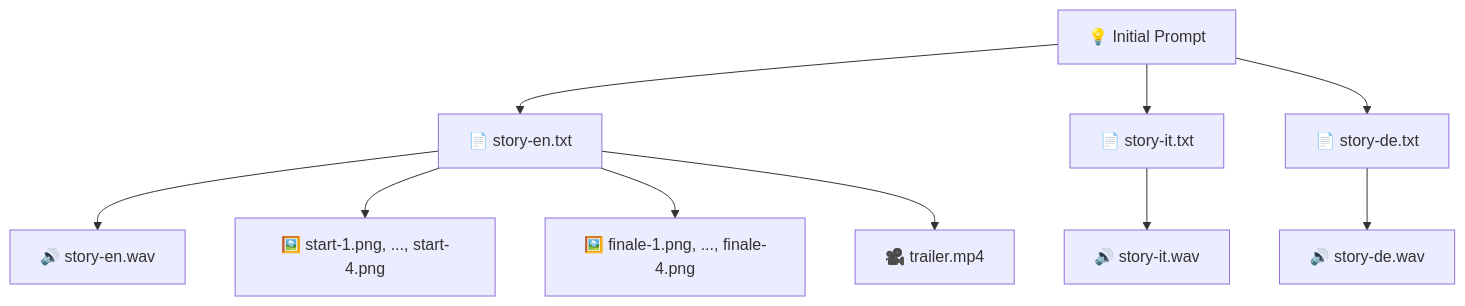
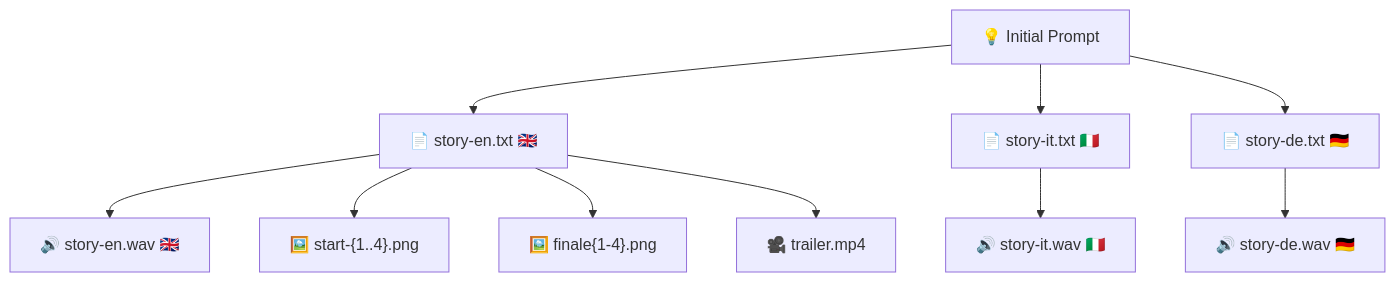
One commit to palladius/gemini-cli-demos changed the second of 2 diagrams in demos/mcp-video-creation/out/ale-modena/README.md. Above: the diagram before and after it, drawn with Mermaid. The commit also changed other lines of this file and 2 other files, not shown here.

Commit message:
slightly better - on vscode unsaved

````diff
--- a/demos/mcp-video-creation/out/ale-modena/README.md
+++ b/demos/mcp-video-creation/out/ale-modena/README.md
@@ -40,14 +40,14 @@
 ```mermaid
 graph TD
-    A[💡 Initial Prompt] --> B[📄 story-en.txt];
-    A --> C[📄 story-it.txt];
-    A --> D[📄 story-de.txt];
+    A[💡 Initial Prompt] --> B[📄 story-en.txt 🇬🇧];
+    A --> C[📄 story-it.txt 🇮🇹];
+    A --> D[📄 story-de.txt 🇩🇪];
 
-    B --> E[🔊 story-en.wav];
-    C --> F[🔊 story-it.wav];
-    D --> G[🔊 story-de.wav];
+    B --> E[🔊 story-en.wav 🇬🇧];
+    C --> F[🔊 story-it.wav 🇮🇹];
+    D --> G[🔊 story-de.wav 🇩🇪];
 
-    B --> H[🖼️ start-1.png, ..., start-4.png];
-    B --> I[🖼️ finale-1.png, ..., finale-4.png];
+    B --> H["🖼️ start-{1..4}.png"];
+    B --> I["🖼️ finale{1-4}.png"];
     B --> J[🎥 trailer.mp4];
 ```
````
